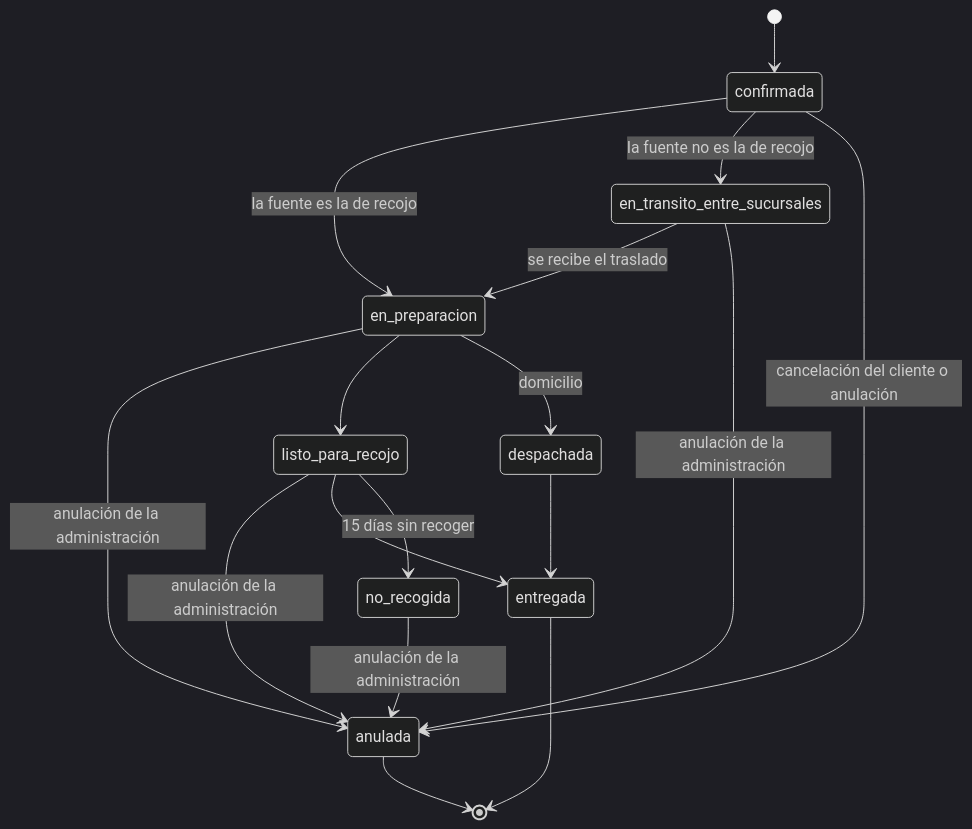
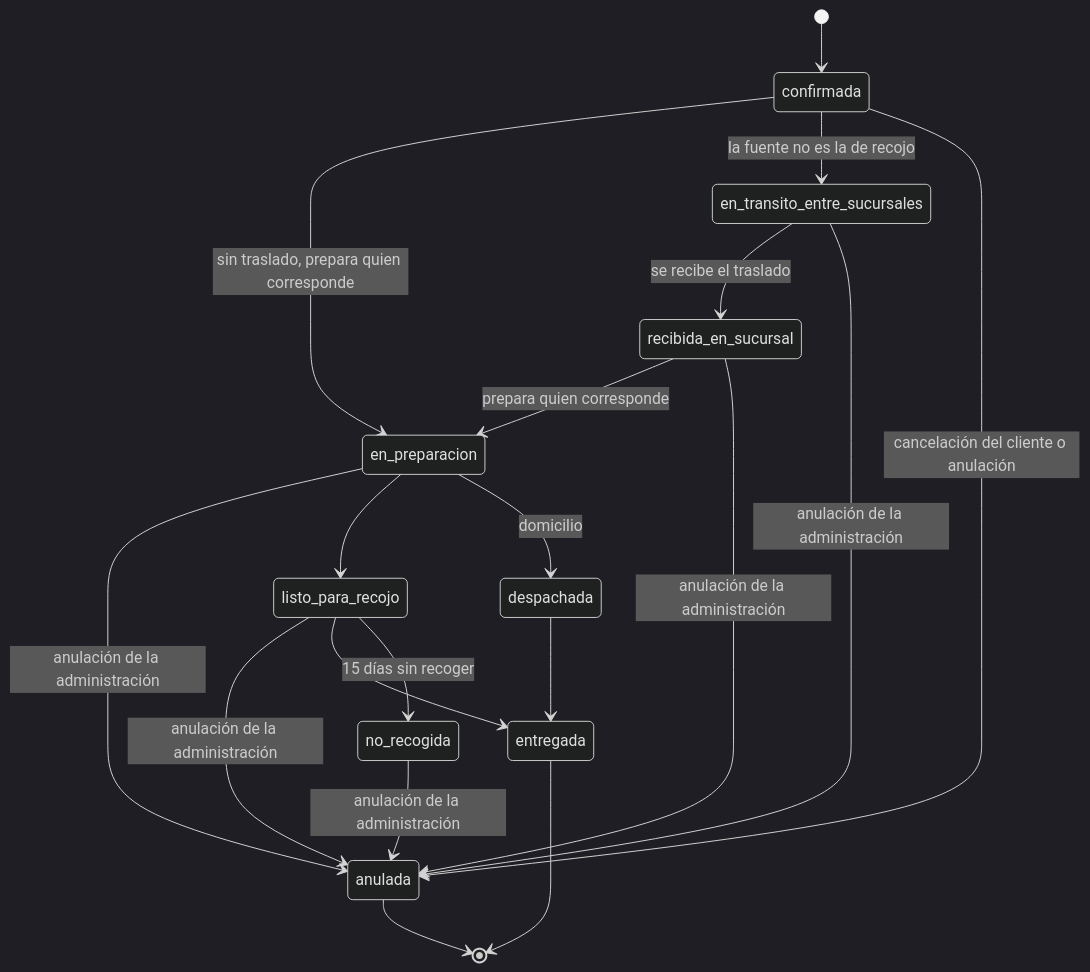
One commit to P35C4D0R4B1050/BabelHub changed the third of 3 diagrams in docs/03-diseno-de-software/06-estados-y-concurrencia.md. Above: the diagram before and after it, drawn with Mermaid (dark theme). The commit also changed other lines of this file and 5 other files, not shown here.

````diff
--- a/docs/03-diseno-de-software/06-estados-y-concurrencia.md
+++ b/docs/03-diseno-de-software/06-estados-y-concurrencia.md
@@ -42,19 +42,21 @@
 ```mermaid
 stateDiagram-v2
 [*] --> confirmada
-confirmada --> en_preparacion : la fuente es la de recojo
+confirmada --> en_preparacion : sin traslado, prepara quien corresponde
 confirmada --> en_transito_entre_sucursales : la fuente no es la de recojo
-en_transito_entre_sucursales --> en_preparacion : se recibe el traslado
+en_transito_entre_sucursales --> recibida_en_sucursal : se recibe el traslado
+recibida_en_sucursal --> en_preparacion : prepara quien corresponde
+recibida_en_sucursal --> anulada : anulación de la administración
 confirmada --> anulada : cancelación del cliente o anulación
 en_transito_entre_sucursales --> anulada : anulación de la administración
 en_preparacion --> anulada : anulación de la administración
 listo_para_recojo --> anulada : anulación de la administración
 no_recogida --> anulada : anulación de la administración
 en_preparacion --> listo_para_recojo
 en_preparacion --> despachada : domicilio
 listo_para_recojo --> entregada
 listo_para_recojo --> no_recogida : 15 días sin recoger
 despachada --> entregada
 entregada --> [*]
 anulada --> [*]
 ```
````
